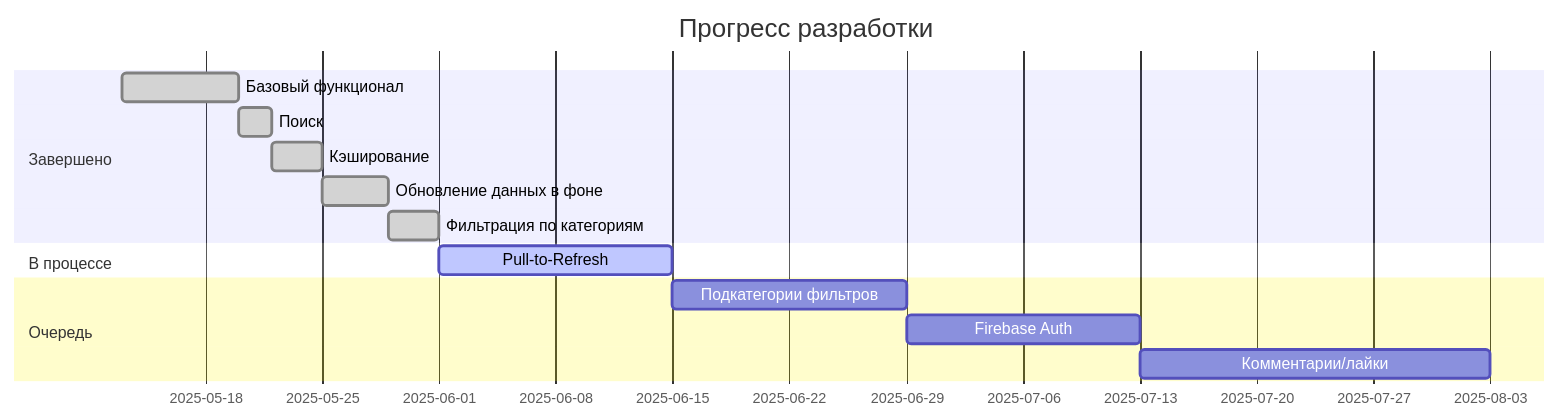
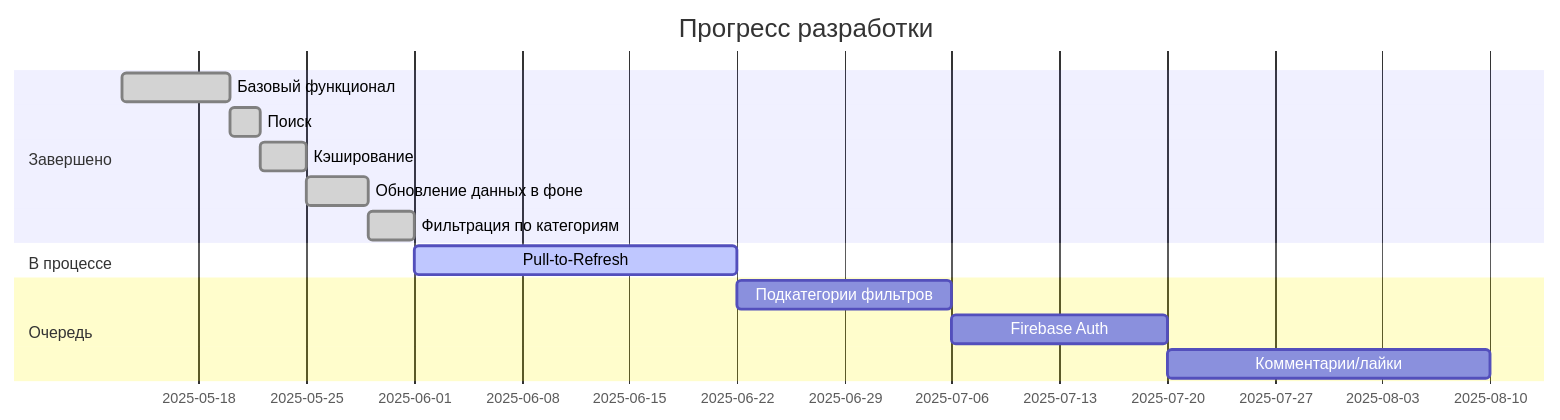
One commit to niksaen-official/NewsAggregator changed the diagram in README.md. Above: the diagram before and after it, drawn with Mermaid.

````diff
--- a/README.md
+++ b/README.md
@@ -37,18 +37,18 @@
 ```mermaid
 gantt
     title Прогресс разработки
     dateFormat  YYYY-MM-DD
     todayMarker stroke=#000, thickness=4px
     section Завершено
     Базовый функционал          :done,    task1, 2025-05-13, 7d
     Поиск                       :done,    task2, after task1, 2d
     Кэширование                 :done,    task3, after task2, 3d
     Обновление данных в фоне    :done,    task4, after task3, 4d
     Фильтрация по категориям    :done,    task5, after task4, 3d
     section В процессе
-    Pull-to-Refresh             :active,  task6, after task5, 14d
+    Pull-to-Refresh             :active,  task6, after task5, 21d
     section Очередь
     Подкатегории фильтров       :         task7, after task6, 14d
     Firebase Auth               :         task8, after task7, 14d
     Комментарии/лайки           :         task9, after task8, 21d
 ```
````
